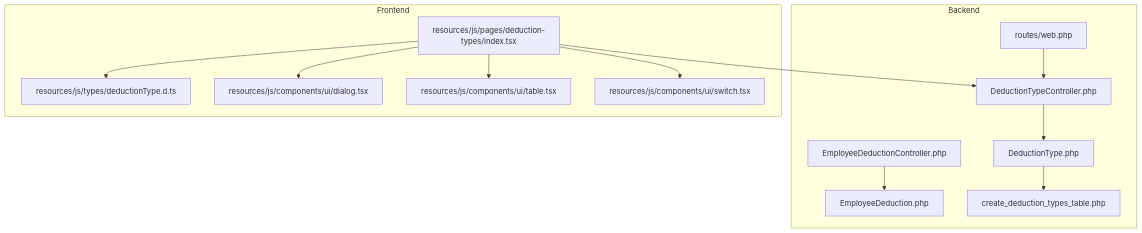
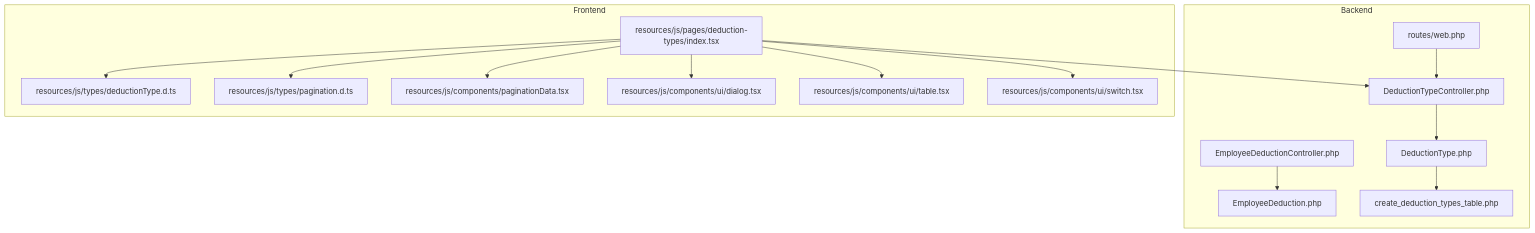
Before and after one commit to vincet0t15/template: the first of 7 diagrams in .qoder/repowiki/en/content/Deduction Management/Deduction Types Configuration.md, drawn with Mermaid. The commit also changed other lines of this file and 11 other files, not shown here.

````diff
--- a/.qoder/repowiki/en/content/Deduction Management/Deduction Types Configuration.md
+++ b/.qoder/repowiki/en/content/Deduction Management/Deduction Types Configuration.md
@@ -36,27 +45,31 @@
 ```mermaid
 graph TB
 subgraph "Backend"
 RT["routes/web.php"]
 C["DeductionTypeController.php"]
 M["DeductionType.php"]
 EM["EmployeeDeduction.php"]
 EC["EmployeeDeductionController.php"]
 DB["create_deduction_types_table.php"]
 end
 subgraph "Frontend"
 FE["resources/js/pages/deduction-types/index.tsx"]
 T["resources/js/types/deductionType.d.ts"]
+PT["resources/js/types/pagination.d.ts"]
+PC["resources/js/components/paginationData.tsx"]
 DLG["resources/js/components/ui/dialog.tsx"]
 TAB["resources/js/components/ui/table.tsx"]
 SW["resources/js/components/ui/switch.tsx"]
 end
 RT --> C
 C --> M
 M --> DB
 EC --> EM
 FE --> C
 FE --> T
+FE --> PT
+FE --> PC
 FE --> DLG
 FE --> TAB
 FE --> SW
 ```
````
